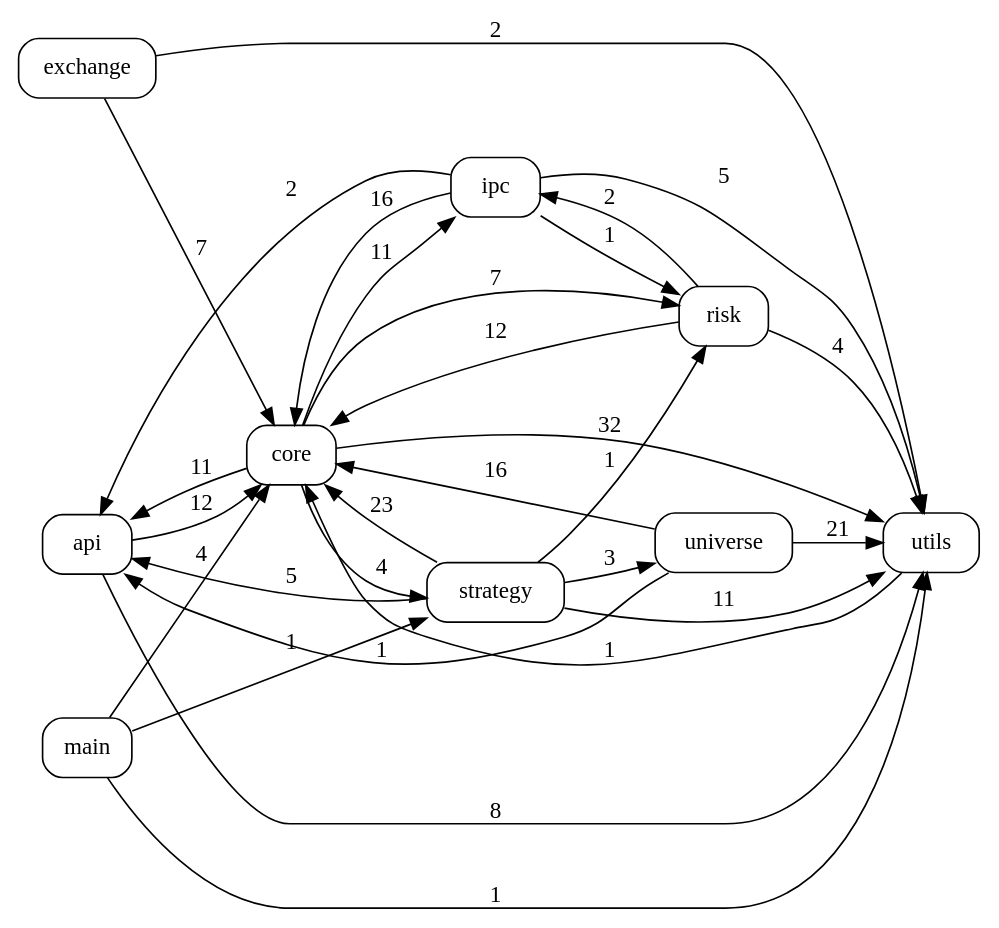
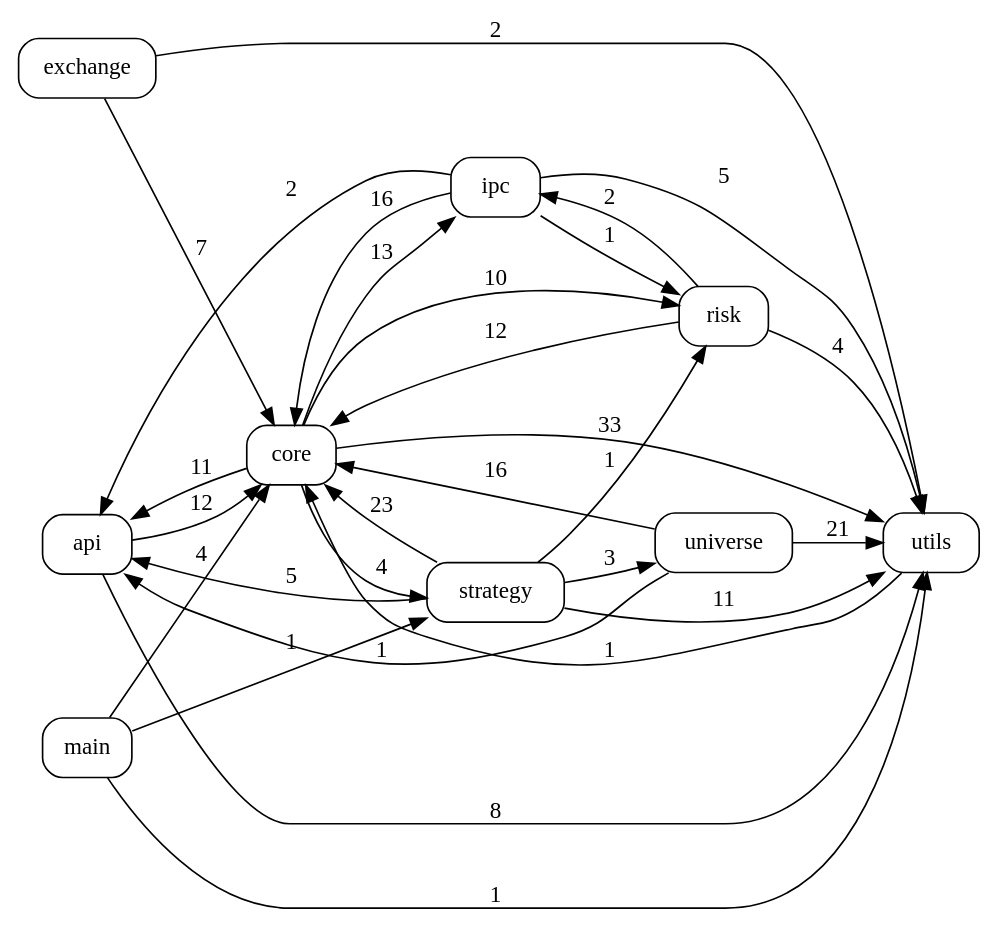
Before and after one commit to pypy8171/Quant: the diagram in docs/code_graph.dot, drawn with Graphviz. The commit also changed 20 other files, not shown here.

```diff
--- a/docs/code_graph.dot
+++ b/docs/code_graph.dot
@@ -1,41 +1,41 @@
 digraph code_graph {
   rankdir=LR;
   node [shape=box, style=rounded, fontname="Consolas"];
   "api";
   "core";
   "exchange";
   "ipc";
   "main";
   "risk";
   "strategy";
   "universe";
   "utils";
   "api" -> "core" [label="12"];
   "api" -> "utils" [label="8"];
   "core" -> "api" [label="11"];
-  "core" -> "ipc" [label="11"];
-  "core" -> "risk" [label="7"];
+  "core" -> "ipc" [label="13"];
+  "core" -> "risk" [label="10"];
   "core" -> "strategy" [label="4"];
-  "core" -> "utils" [label="32"];
+  "core" -> "utils" [label="33"];
   "exchange" -> "core" [label="7"];
   "exchange" -> "utils" [label="2"];
   "ipc" -> "api" [label="2"];
   "ipc" -> "core" [label="16"];
   "ipc" -> "risk" [label="1"];
   "ipc" -> "utils" [label="5"];
   "main" -> "core" [label="4"];
   "main" -> "strategy" [label="1"];
   "main" -> "utils" [label="1"];
   "risk" -> "core" [label="12"];
   "risk" -> "ipc" [label="2"];
   "risk" -> "utils" [label="4"];
   "strategy" -> "api" [label="5"];
   "strategy" -> "core" [label="23"];
   "strategy" -> "risk" [label="1"];
   "strategy" -> "universe" [label="3"];
   "strategy" -> "utils" [label="11"];
   "universe" -> "api" [label="1"];
   "universe" -> "core" [label="16"];
   "universe" -> "utils" [label="21"];
   "utils" -> "core" [label="1"];
 }
```
